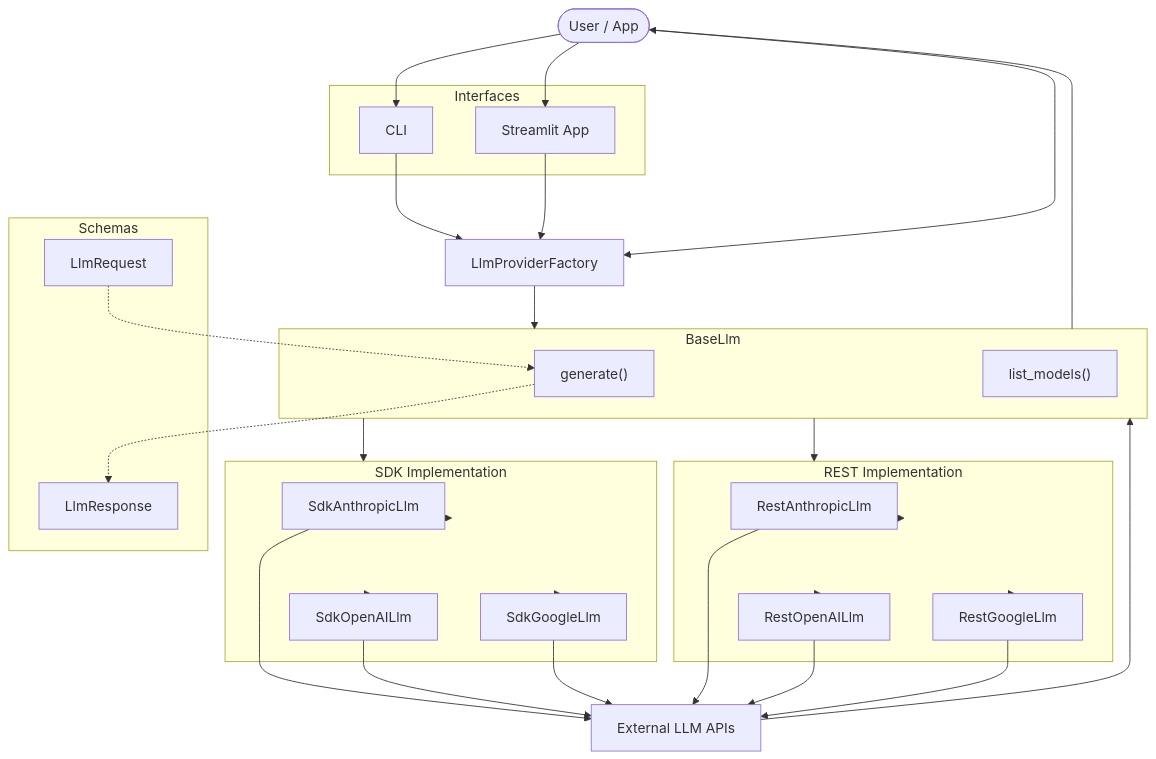
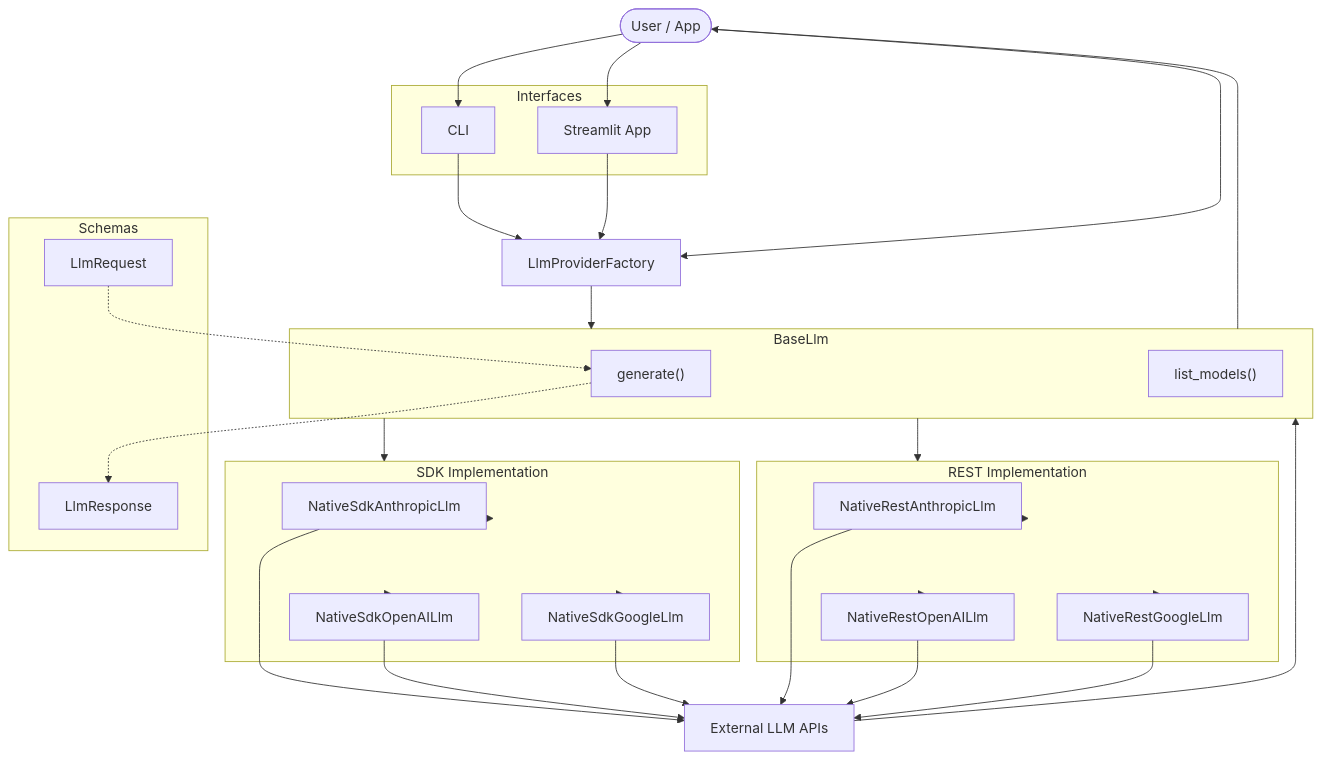
The diagram in README.md (siddarthanath/relay), drawn with Mermaid before and after one commit. The commit also changed 18 other files, not shown here.

````diff
--- a/README.md
+++ b/README.md
@@ -31,60 +31,60 @@
 ```mermaid
 flowchart TD
     User(["User / App"])
 
     subgraph Interfaces
         CLI["CLI"]
         ST["Streamlit App"]
     end
 
     subgraph Schemas
         REQ["LlmRequest"]
         RESP["LlmResponse"]
     end
 
     Factory["LlmProviderFactory"]
 
     subgraph Base["BaseLlm"]
         GEN["generate()"]
         LIST["list_models()"]
     end
 
     subgraph SDK["SDK Implementation"]
-        SDK_A["SdkAnthropicLlm"]
-        SDK_O["SdkOpenAILlm"]
-        SDK_G["SdkGoogleLlm"]
+        SDK_A["NativeSdkAnthropicLlm"]
+        SDK_O["NativeSdkOpenAILlm"]
+        SDK_G["NativeSdkGoogleLlm"]
     end
 
     subgraph REST["REST Implementation"]
-        REST_A["RestAnthropicLlm"]
-        REST_O["RestOpenAILlm"]
-        REST_G["RestGoogleLlm"]
+        REST_A["NativeRestAnthropicLlm"]
+        REST_O["NativeRestOpenAILlm"]
+        REST_G["NativeRestGoogleLlm"]
     end
 
     LLMs["External LLM APIs"]
 
     User --> CLI
     User --> ST
     CLI --> Factory
     ST --> Factory
     User --> Factory
     Factory --> Base
     Base --> SDK
     Base --> REST
     SDK --> SDK_A
     SDK --> SDK_O
     SDK --> SDK_G
     REST --> REST_A
     REST --> REST_O
     REST --> REST_G
     SDK_A --> LLMs
     SDK_O --> LLMs
     SDK_G --> LLMs
     REST_A --> LLMs
     REST_O --> LLMs
     REST_G --> LLMs
     LLMs --> Base
     Base --> User
     REQ -.-> GEN
     GEN -.-> RESP
 ```
````
